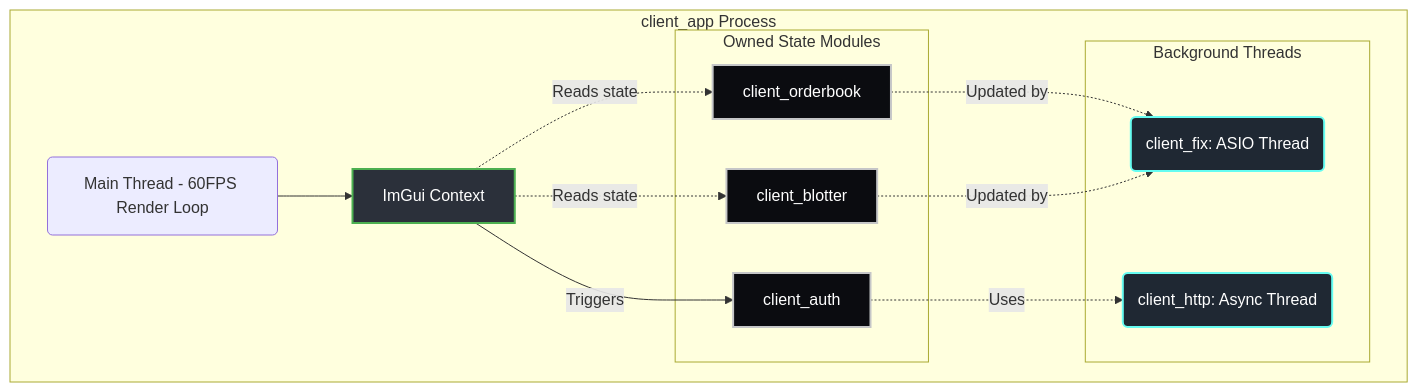
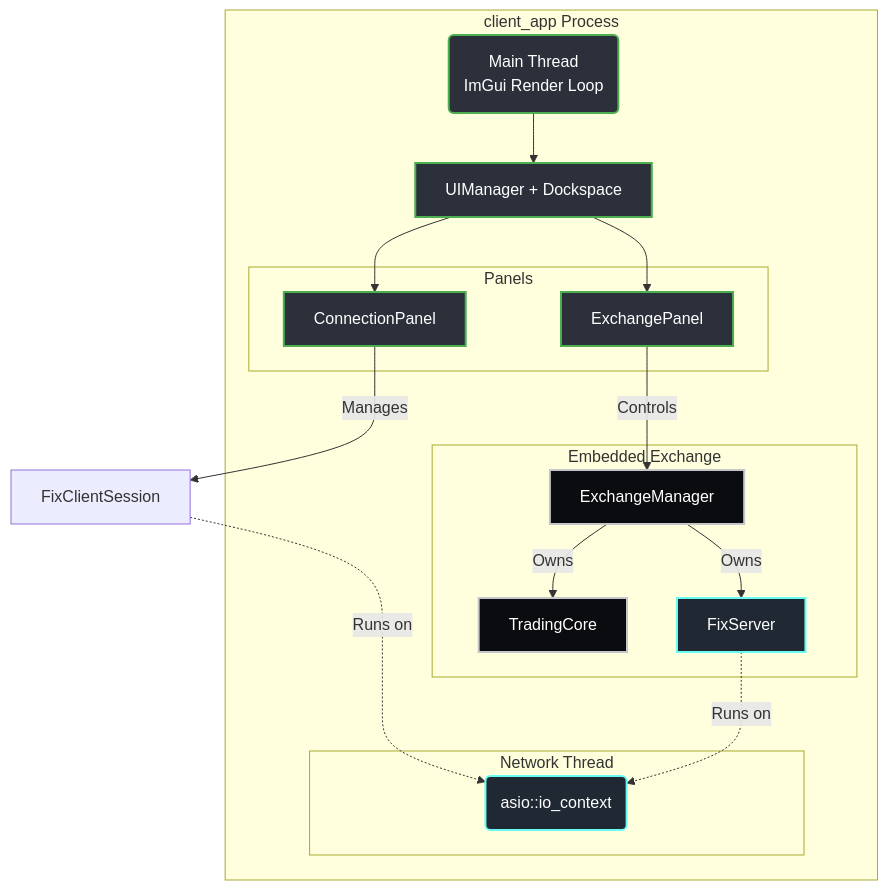
Before and after one commit to SujalChoudhari/BetaTrader: the first of 2 diagrams in client/client_app/README.md, drawn with Mermaid. The commit also changed other lines of this file and 6 other files, not shown here.

Commit message:
docs: update system documentation and architecture diagrams to reflect recent module refactoring

````diff
--- a/client/client_app/README.md
+++ b/client/client_app/README.md
@@ -19,31 +19,36 @@
 ```mermaid
 graph TD
     classDef ui fill:#2b303a,stroke:#4caf50,stroke-width:2px,color:white;
     classDef net fill:#1f2833,stroke:#66fcf1,stroke-width:2px,color:white;
     classDef logic fill:#0b0c10,stroke:#c5c6c7,stroke-width:2px,color:white;
 
     subgraph "client_app Process"
-        MAIN(Main Thread - 60FPS Render Loop)
-        UI[ImGui Context]:::ui
+        MAIN(Main Thread<br/>ImGui Render Loop):::ui
+        UI[UIManager + Dockspace]:::ui
         
-        subgraph "Owned State Modules"
-            OB[client_orderbook]:::logic
-            BLOT[client_blotter]:::logic
-            AUTH[client_auth]:::logic
+        subgraph "Panels"
+            CONN[ConnectionPanel]:::ui
+            EXCH[ExchangePanel]:::ui
         end
         
-        subgraph "Background Threads"
-            FIX(client_fix: ASIO Thread):::net
-            HTTP(client_http: Async Thread):::net
+        subgraph "Network Thread"
+            IO_CTX(asio::io_context):::net
+        end
+        
+        subgraph "Embedded Exchange"
+            ADMIN[ExchangeManager]:::logic
+            CORE[TradingCore]:::logic
+            FIX_SRV[FixServer]:::net
         end
     end
 
     MAIN --> UI
-    UI -.->|Reads state| OB
-    UI -.->|Reads state| BLOT
-    UI -->|Triggers| AUTH
-    
-    OB -.->|Updated by| FIX
-    BLOT -.->|Updated by| FIX
-    AUTH -.->|Uses| HTTP
+    UI --> CONN
+    UI --> EXCH
+    CONN -->|Manages| FIX_SESSION[FixClientSession]
+    FIX_SESSION -.->|Runs on| IO_CTX
+    EXCH -->|Controls| ADMIN
+    ADMIN -->|Owns| CORE
+    ADMIN -->|Owns| FIX_SRV
+    FIX_SRV -.->|Runs on| IO_CTX
 ```
````
